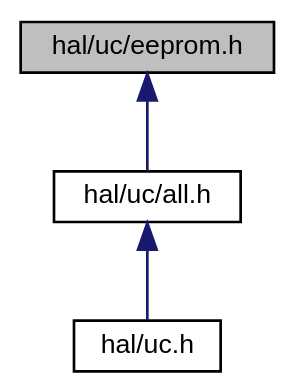
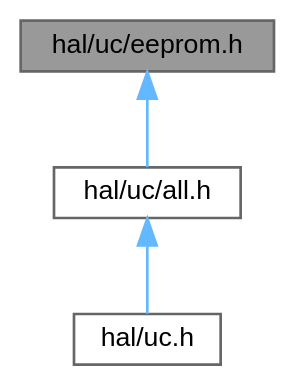
Before and after one commit to ebs-universe/piolib-hal-uc: the diagram in eeprom_8h__dep__incl.dot, drawn with Graphviz. The commit also changed 565 other files, not shown here.

```diff
--- a/eeprom_8h__dep__incl.dot
+++ b/eeprom_8h__dep__incl.dot
@@ -1,13 +1,13 @@
 digraph "hal/uc/eeprom.h"
 {
  // INTERACTIVE_SVG=YES
  // LATEX_PDF_SIZE
   bgcolor="transparent";
-  edge [fontname="Helvetica",fontsize="10",labelfontname="Helvetica",labelfontsize="10"];
-  node [fontname="Helvetica",fontsize="10",shape=record];
-  Node1 [label="hal/uc/eeprom.h",height=0.2,width=0.4,color="black", fillcolor="grey75", style="filled", fontcolor="black",tooltip="HAL for uC EEPROM peripherals."];
-  Node1 -> Node2 [dir="back",color="midnightblue",fontsize="10",style="solid",fontname="Helvetica"];
-  Node2 [label="hal/uc/all.h",height=0.2,width=0.4,color="black",URL="$uc_2all_8h.html",tooltip=" "];
-  Node2 -> Node3 [dir="back",color="midnightblue",fontsize="10",style="solid",fontname="Helvetica"];
-  Node3 [label="hal/uc.h",height=0.2,width=0.4,color="black",URL="$uc_8h.html",tooltip=" "];
+  edge [fontname=Helvetica,fontsize=10,labelfontname=Helvetica,labelfontsize=10];
+  node [fontname=Helvetica,fontsize=10,shape=box,height=0.2,width=0.4];
+  Node1 [id="Node000001",label="hal/uc/eeprom.h",height=0.2,width=0.4,color="gray40", fillcolor="grey60", style="filled", fontcolor="black",tooltip="HAL for uC EEPROM peripherals."];
+  Node1 -> Node2 [id="edge1_Node000001_Node000002",dir="back",color="steelblue1",style="solid",tooltip=" "];
+  Node2 [id="Node000002",label="hal/uc/all.h",height=0.2,width=0.4,color="grey40", fillcolor="white", style="filled",URL="$uc_2all_8h.html",tooltip=" "];
+  Node2 -> Node3 [id="edge2_Node000002_Node000003",dir="back",color="steelblue1",style="solid",tooltip=" "];
+  Node3 [id="Node000003",label="hal/uc.h",height=0.2,width=0.4,color="grey40", fillcolor="white", style="filled",URL="$uc_8h.html",tooltip=" "];
 }
```
